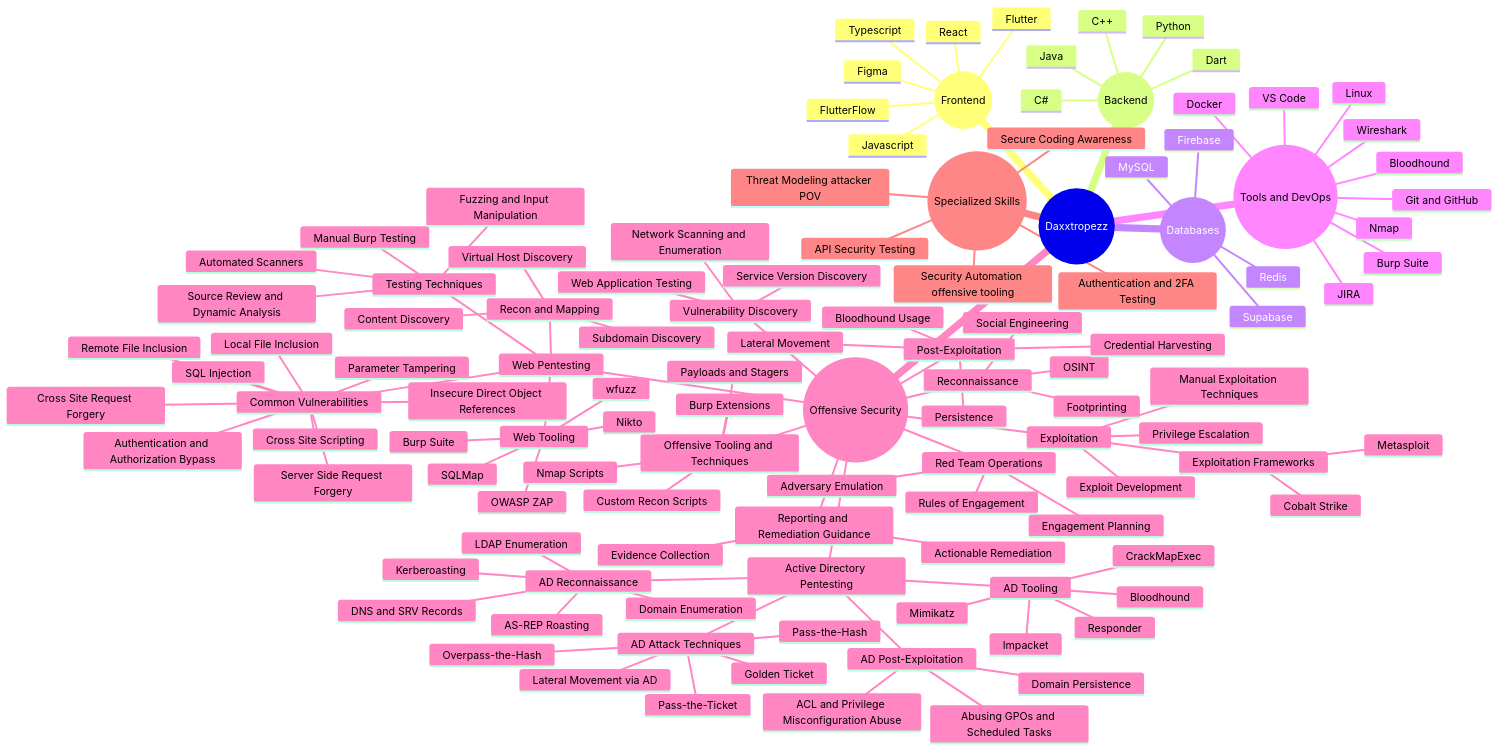
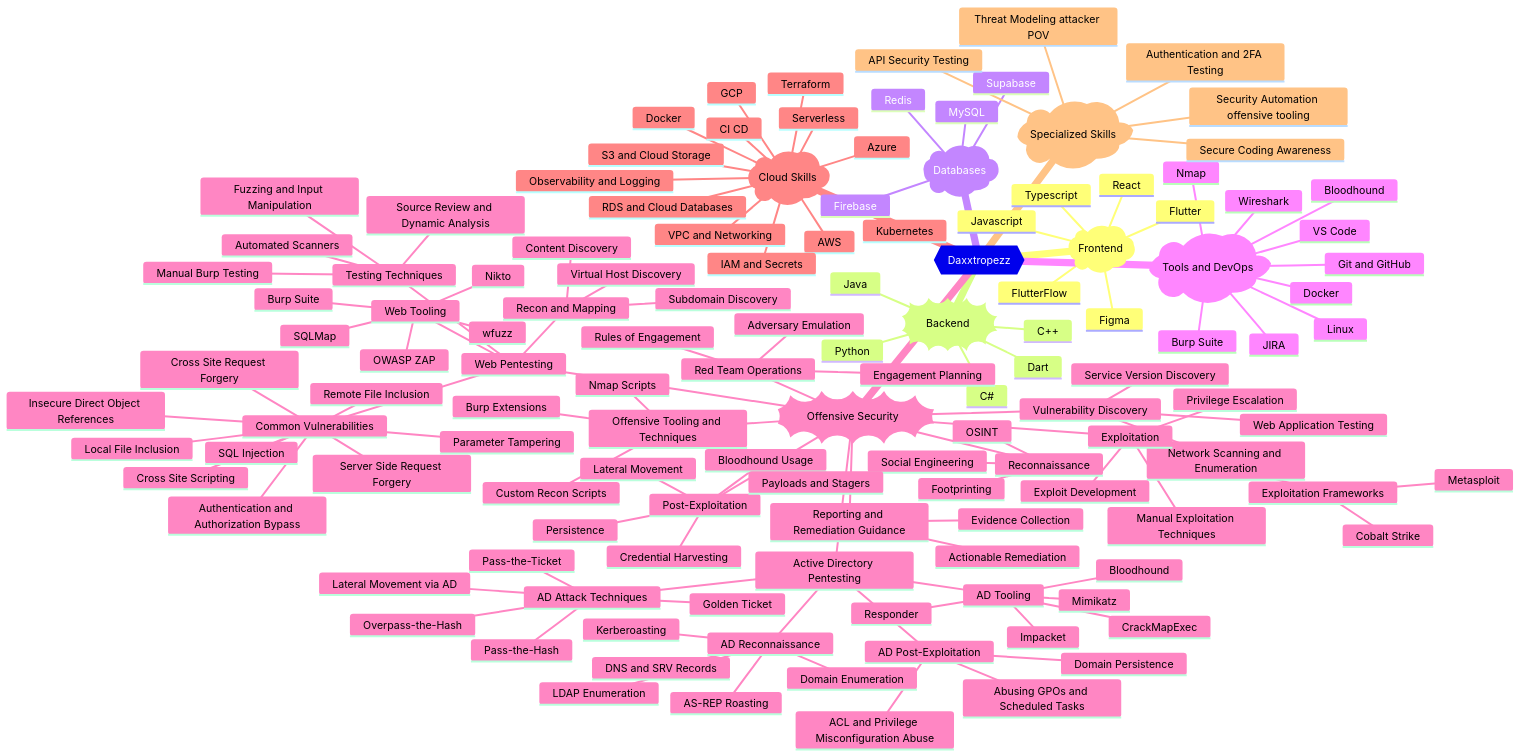
Before and after one commit to Daxxtropezz/daxxtropezz: the diagram in README.md, drawn with Mermaid.

Commit message:
Refactor mindmap structure in README.md

````diff
--- a/README.md
+++ b/README.md
@@ -30,35 +30,35 @@
 ```mermaid
 mindmap
-  root((Daxxtropezz))
-      root(("Frontend"))
+  root{{Daxxtropezz}} 
+      FE)Frontend(
         React
         Typescript
         Javascript
         Flutter
         FlutterFlow
         Figma
-      root(("Backend"))
+      BE))Backend((
         Java
         Python
         C++
         C#
         Dart
-      root(("Databases"))
+      DB)Databases(
         MySQL
         Supabase
         Firebase
         Redis
-      root(("Tools and DevOps"))
+      TO)Tools and DevOps(
         JIRA
         Git and GitHub
         Docker
         Linux
         VS Code
-        Burp Suite
         Wireshark
         Nmap
         Bloodhound
-      root(("Offensive Security"))
+        Burp Suite
+      OFF))Offensive Security((
         Red Team Operations
           Adversary Emulation
           Engagement Planning
@@ -140,7 +140,21 @@
             SQLMap
             Nikto
             wfuzz
-      root(("Specialized Skills"))
+      CL)Cloud Skills(
+        AWS
+        Azure
+        GCP
+        Kubernetes
+        Docker
+        Terraform
+        CI CD
+        Serverless
+        VPC and Networking
+        IAM and Secrets
+        S3 and Cloud Storage
+        RDS and Cloud Databases
+        Observability and Logging
+      SP)Specialized Skills(
         Secure Coding Awareness
         API Security Testing
         Authentication and 2FA Testing
````
